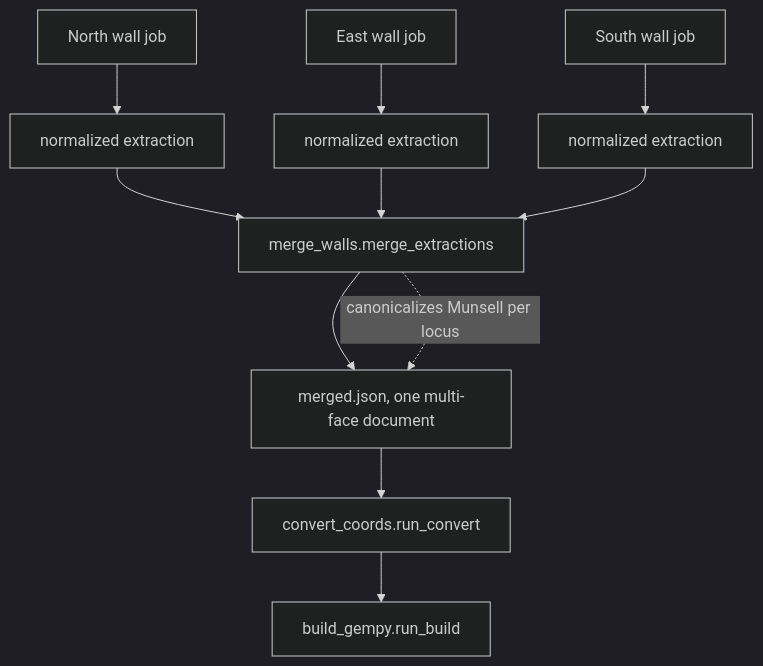
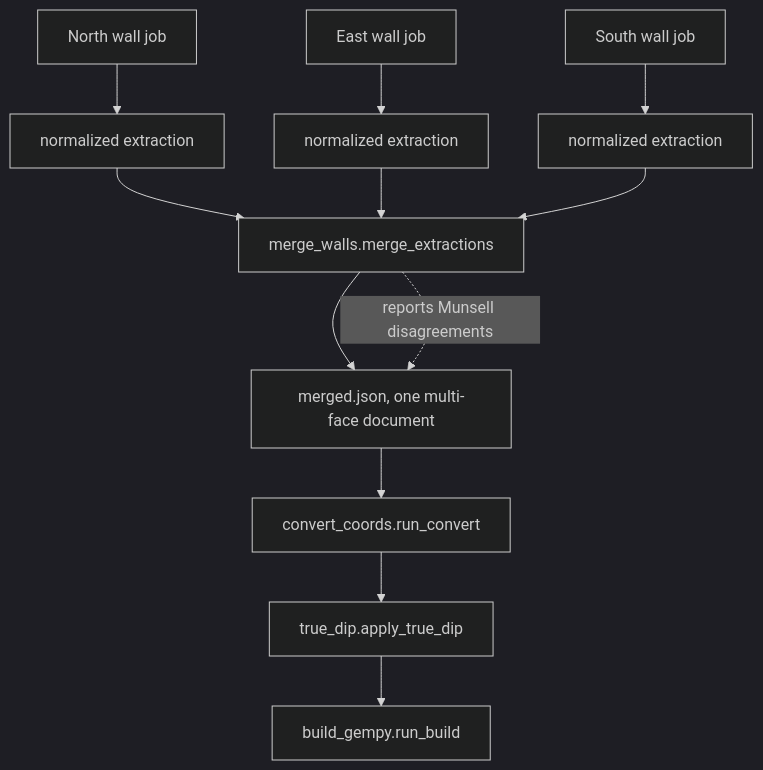
Before and after one commit to jennarbates/StratigraphyGenerator: the diagram in docs/workflows/09-multi-wall-trench.md, drawn with Mermaid (dark theme). The commit also changed other lines of this file and 202 other files, not shown here.

````diff
--- a/docs/workflows/09-multi-wall-trench.md
+++ b/docs/workflows/09-multi-wall-trench.md
@@ -51,13 +55,14 @@
 ```mermaid
 flowchart TD
   A[North wall job] --> An[normalized extraction]
   B[East wall job] --> Bn[normalized extraction]
   C[South wall job] --> Cn[normalized extraction]
   An --> M[merge_walls.merge_extractions]
   Bn --> M
   Cn --> M
   M --> D[merged.json, one multi-face document]
   D --> V[convert_coords.run_convert]
-  V --> G[build_gempy.run_build]
-  M -.->|canonicalizes Munsell per locus| D
+  V --> T[true_dip.apply_true_dip]
+  T --> G[build_gempy.run_build]
+  M -.->|reports Munsell disagreements| D
 ```
````
